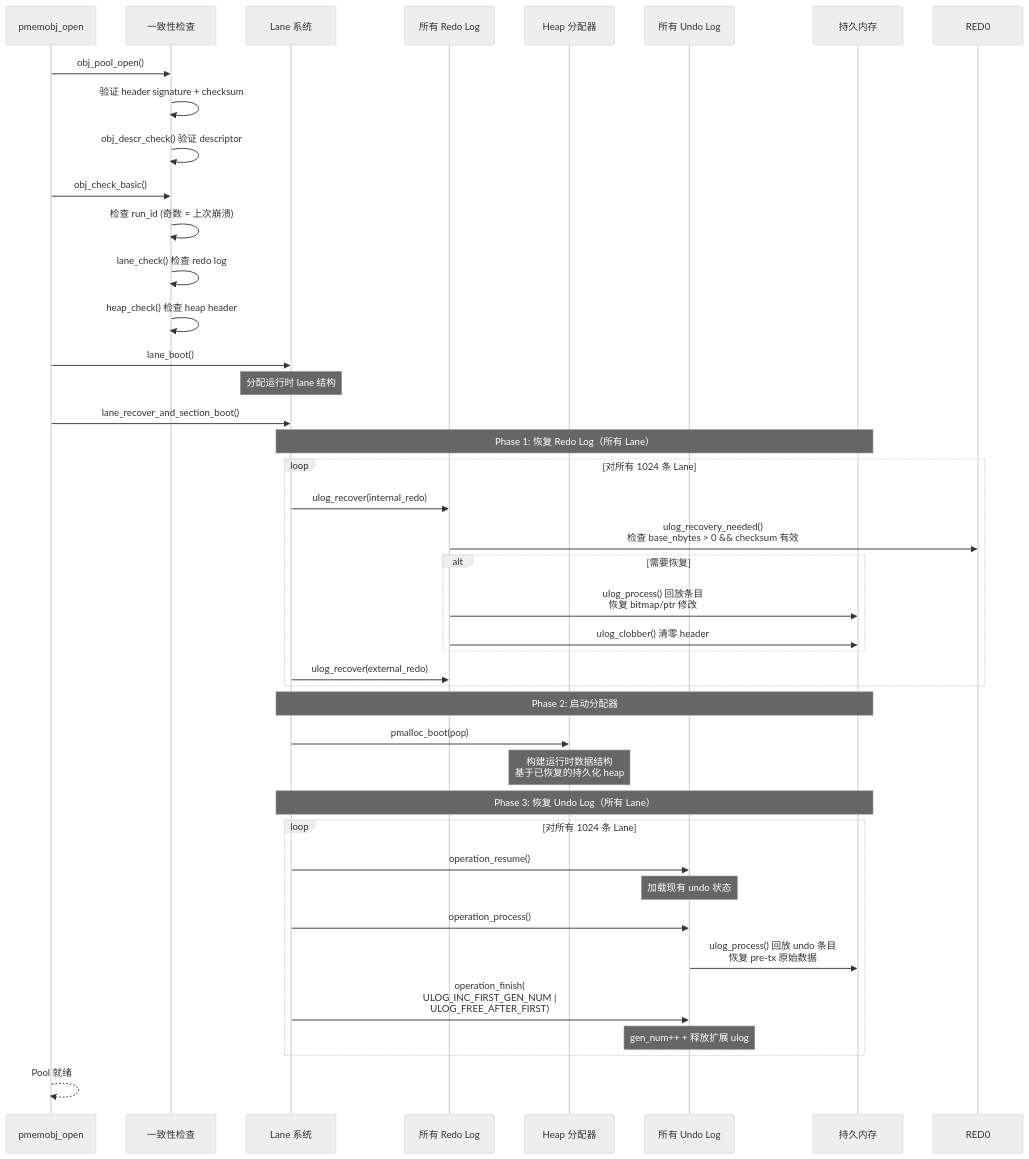
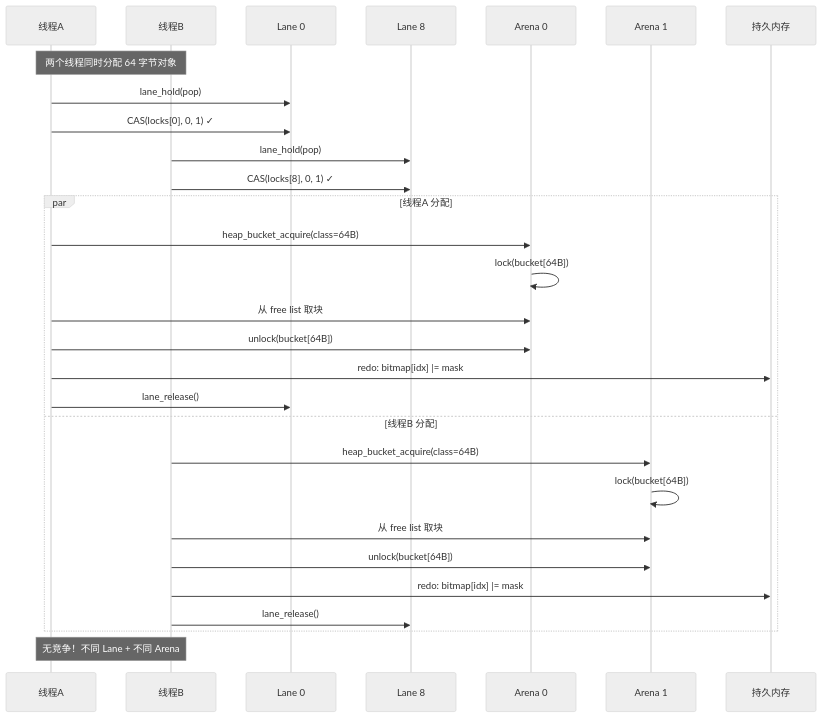
One commit to carlvinhust2012/MyStudy changed diagram 13 of 14 in Storage/daos/pmdk的一致性分析.md. Above: the diagram before and after it, drawn with Mermaid (neutral theme). The commit also changed other lines of this file, not shown here.

````diff
--- a/Storage/daos/pmdk的一致性分析.md
+++ b/Storage/daos/pmdk的一致性分析.md
@@ -561,54 +684,36 @@
 ```mermaid
 sequenceDiagram
-    participant OPEN as pmemobj_open
-    participant CHK as 一致性检查
-    participant LANE as Lane 系统
-    participant REDO as 所有 Redo Log
-    participant HEAP as Heap 分配器
-    participant UNDO as 所有 Undo Log
+    participant TA as 线程A
+    participant TB as 线程B
+    participant LA as Lane 0
+    participant LB as Lane 8
+    participant AA as Arena 0
+    participant AB as Arena 1
     participant PMEM as 持久内存
 
-    OPEN->>CHK: obj_pool_open()
-    CHK->>CHK: 验证 header signature + checksum
-    CHK->>CHK: obj_descr_check() 验证 descriptor
+    Note over TA,TB: 两个线程同时分配 64 字节对象
 
-    OPEN->>CHK: obj_check_basic()
-    CHK->>CHK: 检查 run_id (奇数 = 上次崩溃)
-    CHK->>CHK: lane_check() 检查 redo log
-    CHK->>CHK: heap_check() 检查 heap header
+    TA->>LA: lane_hold(pop)
+    TA->>LA: CAS(locks[0], 0, 1) ✓
 
-    OPEN->>LANE: lane_boot()
-    Note over LANE: 分配运行时 lane 结构
+    TB->>LB: lane_hold(pop)
+    TB->>LB: CAS(locks[8], 0, 1) ✓
 
-    OPEN->>LANE: lane_recover_and_section_boot()
-
-    Note over LANE,PMEM: Phase 1: 恢复 Redo Log（所有 Lane）
-
-    loop 对所有 1024 条 Lane
-        LANE->>REDO: ulog_recover(internal_redo)
-        REDO->>RED0: ulog_recovery_needed()<br/>检查 base_nbytes > 0 && checksum 有效
-        alt 需要恢复
-            REDO->>PMEM: ulog_process() 回放条目<br/>恢复 bitmap/ptr 修改
-            REDO->>PMEM: ulog_clobber() 清零 header
-        end
-        LANE->>REDO: ulog_recover(external_redo)
+    par 线程A 分配
+        TA->>AA: heap_bucket_acquire(class=64B)
+        AA->>AA: lock(bucket[64B])
+        TA->>AA: 从 free list 取块
+        TA->>AA: unlock(bucket[64B])
+        TA->>PMEM: redo: bitmap[idx] |= mask
+        TA->>LA: lane_release()
+    and 线程B 分配
+        TB->>AB: heap_bucket_acquire(class=64B)
+        AB->>AB: lock(bucket[64B])
+        TB->>AB: 从 free list 取块
+        TB->>AB: unlock(bucket[64B])
+        TB->>PMEM: redo: bitmap[idx] |= mask
+        TB->>LB: lane_release()
     end
 
-    Note over LANE,PMEM: Phase 2: 启动分配器
-
-    LANE->>HEAP: pmalloc_boot(pop)
-    Note over HEAP: 构建运行时数据结构<br/>基于已恢复的持久化 heap
-
-    Note over LANE,PMEM: Phase 3: 恢复 Undo Log（所有 Lane）
-
-    loop 对所有 1024 条 Lane
-        LANE->>UNDO: operation_resume()
-        Note over UNDO: 加载现有 undo 状态
-        LANE->>UNDO: operation_process()
-        UNDO->>PMEM: ulog_process() 回放 undo 条目<br/>恢复 pre-tx 原始数据
-        LANE->>UNDO: operation_finish(<br/>ULOG_INC_FIRST_GEN_NUM |<br/>ULOG_FREE_AFTER_FIRST)
-        Note over UNDO: gen_num++ + 释放扩展 ulog
-    end
-
-    OPEN-->>OPEN: Pool 就绪
+    Note over TA,TB: 无竞争！不同 Lane + 不同 Arena
 ```
````
